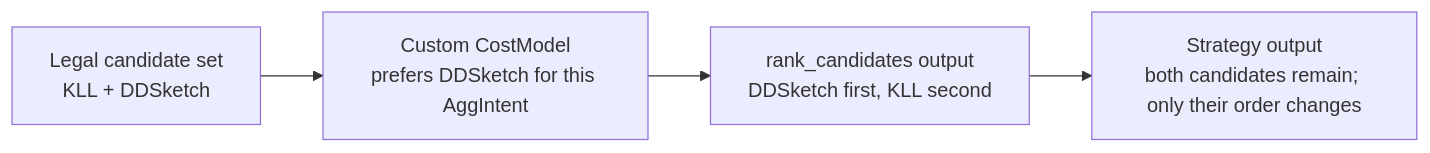
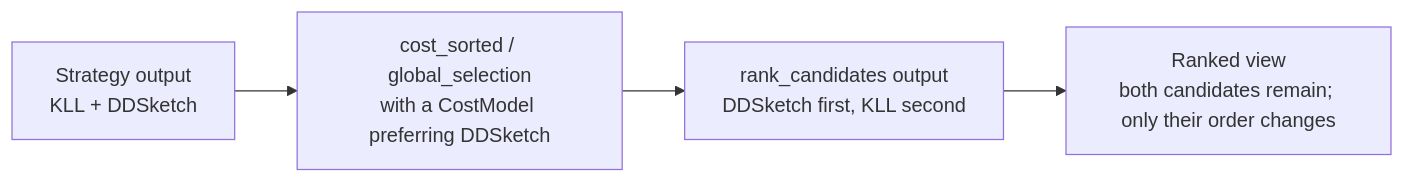
The second of 3 diagrams in docs/develop_docs/extend-asap-aware-mapping.md (ProjectASAP/ASAPPlanner), drawn with Mermaid before and after one commit. The commit also changed other lines of this file and 6 other files, not shown here.

First line of the commit message:
docs(planner): describe cost-free Stage 1 candidate generation

````diff
--- a/docs/develop_docs/extend-asap-aware-mapping.md
+++ b/docs/develop_docs/extend-asap-aware-mapping.md
@@ -495,6 +487,6 @@
 ```mermaid
 flowchart LR
-  INPUT["Legal candidate set<br/>KLL + DDSketch"] --> MODEL["Custom CostModel<br/>prefers DDSketch for this AggIntent"]
+  INPUT["Strategy output<br/>KLL + DDSketch"] --> MODEL["cost_sorted / global_selection<br/>with a CostModel preferring DDSketch"]
   MODEL --> ORDER["rank_candidates output<br/>DDSketch first, KLL second"]
-  ORDER --> RESULT["Strategy output<br/>both candidates remain; only their order changes"]
+  ORDER --> RESULT["Ranked view<br/>both candidates remain; only their order changes"]
 ```
````
